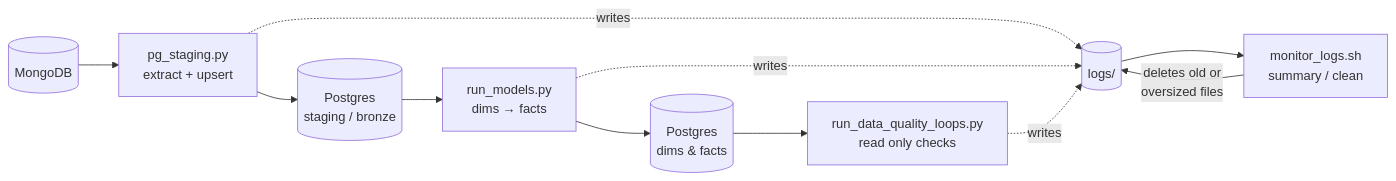
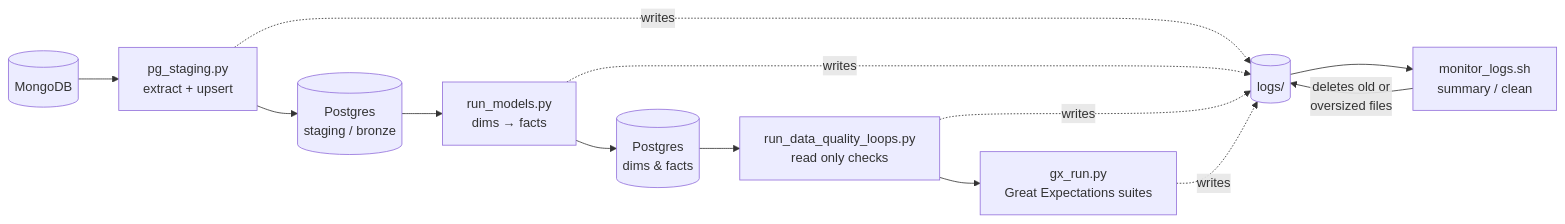
The diagram in ARCHITECTURE.md (Nitinx12/Data-Modelling), drawn with Mermaid before and after one commit. The commit also changed other lines of this file and 21 other files, not shown here.

First line of the commit message:
feat(quality): add Great Expectations gate to the pipeline

````diff
--- a/ARCHITECTURE.md
+++ b/ARCHITECTURE.md
@@ -10,15 +11,17 @@
 ```mermaid
 flowchart LR
     Mongo[(MongoDB)] --> Staging["pg_staging.py<br/>extract + upsert"]
     Staging --> Bronze[(Postgres<br/>staging / bronze)]
     Bronze --> Models["run_models.py<br/>dims → facts"]
     Models --> DW[(Postgres<br/>dims & facts)]
     DW --> DQ["run_data_quality_loops.py<br/>read only checks"]
+    DQ --> GX["gx_run.py<br/>Great Expectations suites"]
 
     Staging -.writes.-> Logs[(logs/)]
     Models -.writes.-> Logs
     DQ -.writes.-> Logs
+    GX -.writes.-> Logs
 
     Logs --> Monitor["monitor_logs.sh<br/>summary / clean"]
     Monitor -->|deletes old or<br/>oversized files| Logs
 ```
````
